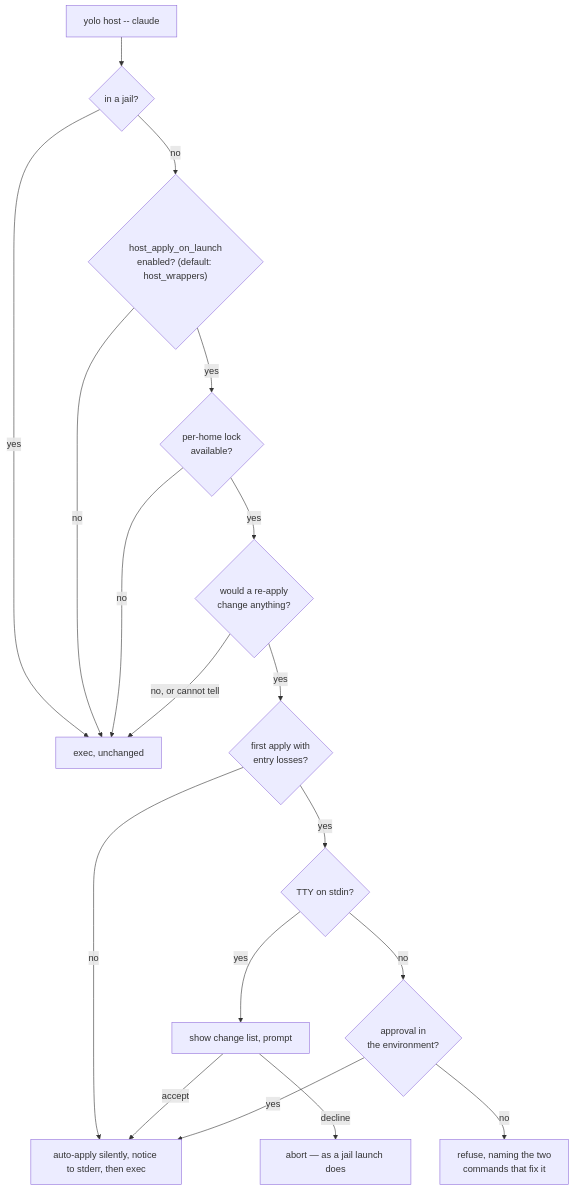
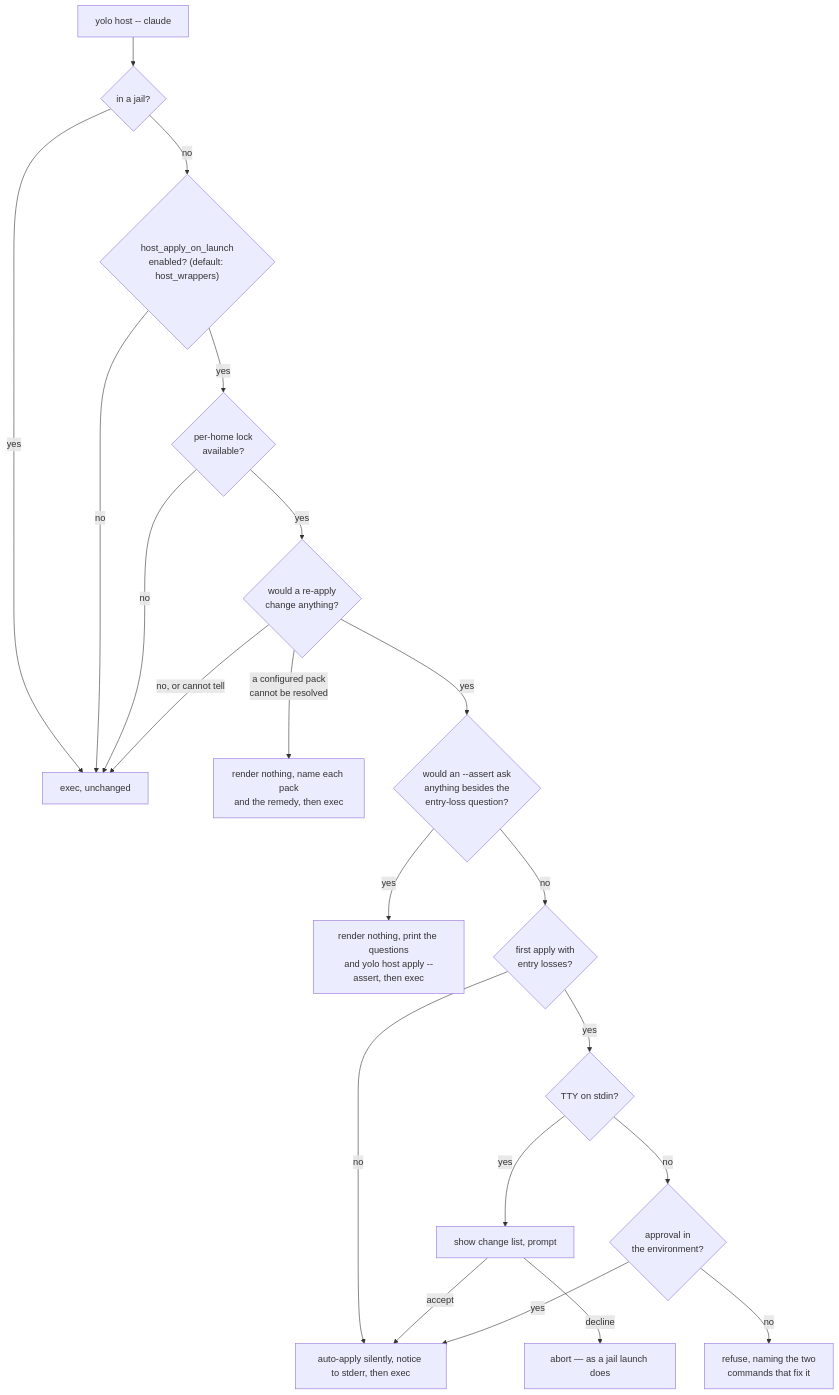
The diagram in docs/reference/host-apply-staleness.md (mschulkind-oss/yolo-jail), drawn with Mermaid before and after one commit. The commit also changed other lines of this file and 31 other files, not shown here.

First line of the commit message:
fix(host-apply): resolve git packs from the store, refuse half states, and never ask a hidden question

````diff
--- a/docs/reference/host-apply-staleness.md
+++ b/docs/reference/host-apply-staleness.md
@@ -247,20 +247,23 @@
 ```mermaid
 flowchart TD
     A["yolo host -- claude"] --> J{in a jail?}
     J -->|yes| X[exec, unchanged]
     J -->|no| B{"host_apply_on_launch<br/>enabled? (default: host_wrappers)"}
     B -->|no| X
     B -->|yes| L{per-home lock<br/>available?}
     L -->|no| X
     L -->|yes| C{would a re-apply<br/>change anything?}
     C -->|no, or cannot tell| X
-    C -->|yes| M{"first apply with<br/>entry losses?"}
+    C -->|"a configured pack<br/>cannot be resolved"| U["render nothing, name each pack<br/>and the remedy, then exec"]
+    C -->|yes| Q{"would an --assert ask<br/>anything besides the<br/>entry-loss question?"}
+    Q -->|yes| V["render nothing, print the questions<br/>and yolo host apply --assert, then exec"]
+    Q -->|no| M{"first apply with<br/>entry losses?"}
     M -->|no| S["auto-apply silently, notice to stderr, then exec"]
     M -->|yes| D{TTY on stdin?}
     D -->|yes| E[show change list, prompt]
     D -->|no| F{approval in<br/>the environment?}
     E -->|accept| S
     E -->|decline| H[abort — as a jail launch does]
     F -->|yes| S
     F -->|no| I["refuse, naming the two<br/>commands that fix it"]
 ```
````
